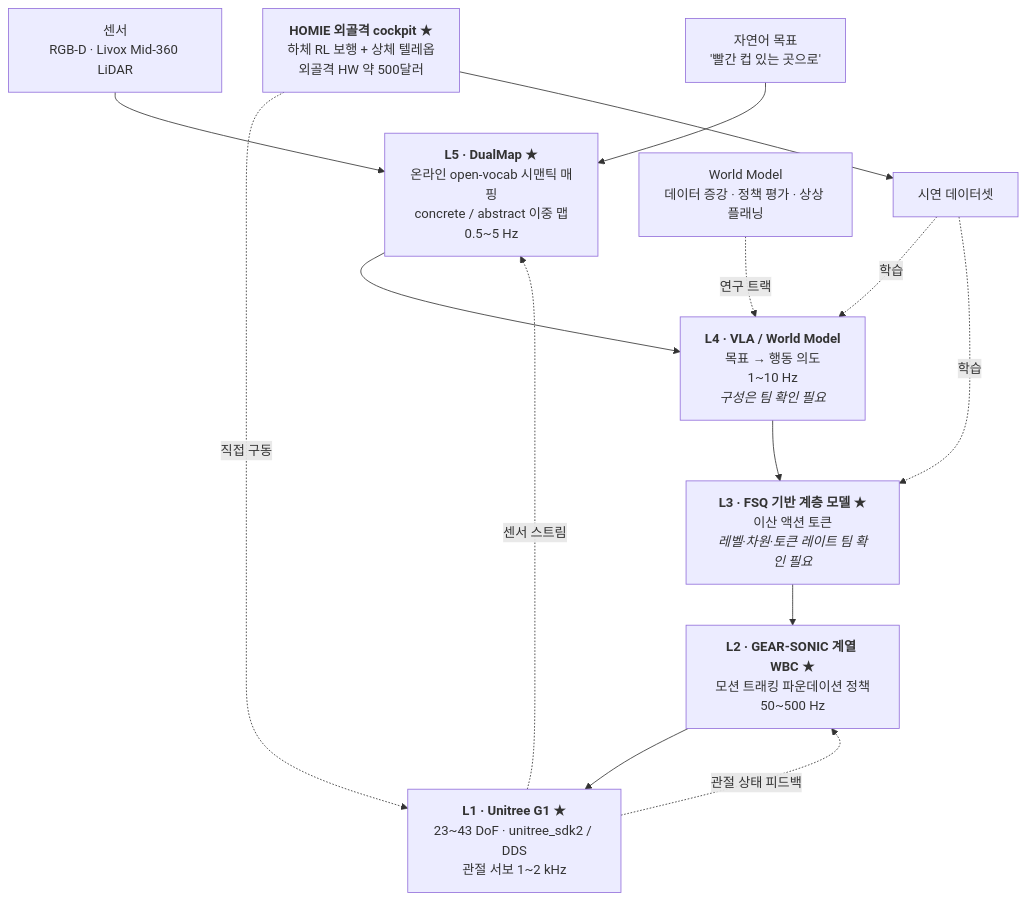
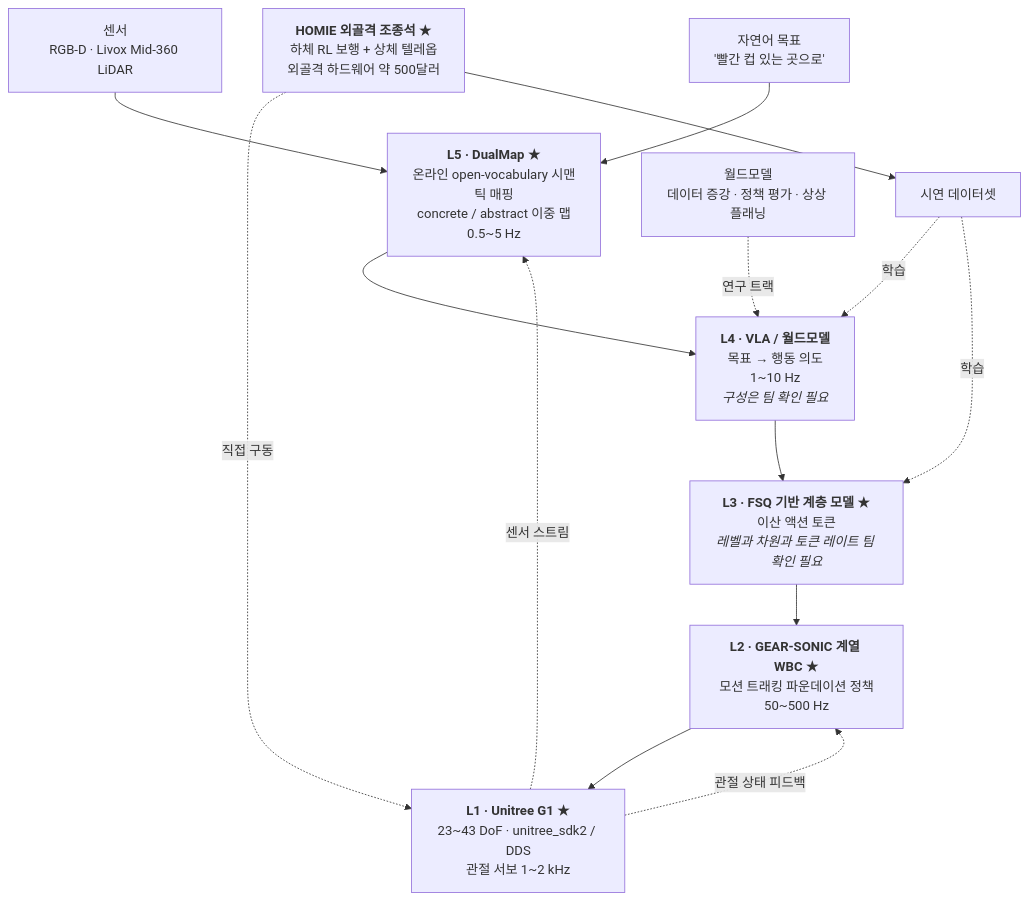
The third of 4 diagrams in course/w1-generative-core/01-physical-ai-landscape/lesson.md (sguys99/physical-ai-study), drawn with Mermaid before and after one commit. The commit also changed other lines of this file and 2 other files, not shown here.

````diff
--- a/course/w1-generative-core/01-physical-ai-landscape/lesson.md
+++ b/course/w1-generative-core/01-physical-ai-landscape/lesson.md
@@ -573,18 +551,18 @@
 ```mermaid
 flowchart TB
     SENS["센서<br/>RGB-D · Livox Mid-360 LiDAR"] --> L5
     GOAL["자연어 목표<br/>'빨간 컵 있는 곳으로'"] --> L5
-    L5["<b>L5 · DualMap</b> ★<br/>온라인 open-vocab 시맨틱 매핑<br/>concrete / abstract 이중 맵<br/>0.5~5 Hz"]
-    L5 --> L4["<b>L4 · VLA / World Model</b><br/>목표 → 행동 의도<br/>1~10 Hz<br/><i>구성은 팀 확인 필요</i>"]
-    L4 --> L3["<b>L3 · FSQ 기반 계층 모델</b> ★<br/>이산 액션 토큰<br/><i>레벨·차원·토큰 레이트 팀 확인 필요</i>"]
+    L5["<b>L5 · DualMap</b> ★<br/>온라인 open-vocabulary 시맨틱 매핑<br/>concrete / abstract 이중 맵<br/>0.5~5 Hz"]
+    L5 --> L4["<b>L4 · VLA / 월드모델</b><br/>목표 → 행동 의도<br/>1~10 Hz<br/><i>구성은 팀 확인 필요</i>"]
+    L4 --> L3["<b>L3 · FSQ 기반 계층 모델</b> ★<br/>이산 액션 토큰<br/><i>레벨과 차원과 토큰 레이트 팀 확인 필요</i>"]
     L3 --> L2["<b>L2 · GEAR-SONIC 계열 WBC</b> ★<br/>모션 트래킹 파운데이션 정책<br/>50~500 Hz"]
     L2 --> L1["<b>L1 · Unitree G1</b> ★<br/>23~43 DoF · unitree_sdk2 / DDS<br/>관절 서보 1~2 kHz"]
     L1 -. 관절 상태 피드백 .-> L2
     L1 -. 센서 스트림 .-> L5
 
-    HOMIE["<b>HOMIE 외골격 cockpit</b> ★<br/>하체 RL 보행 + 상체 텔레옵<br/>외골격 HW 약 500달러"] -. 직접 구동 .-> L1
+    HOMIE["<b>HOMIE 외골격 조종석</b> ★<br/>하체 RL 보행 + 상체 텔레옵<br/>외골격 하드웨어 약 500달러"] -. 직접 구동 .-> L1
     HOMIE --> DATA["시연 데이터셋"]
     DATA -. 학습 .-> L4
     DATA -. 학습 .-> L3
-    WM["World Model<br/>데이터 증강 · 정책 평가 · 상상 플래닝"] -. 연구 트랙 .-> L4
+    WM["월드모델<br/>데이터 증강 · 정책 평가 · 상상 플래닝"] -. 연구 트랙 .-> L4
 ```
````
